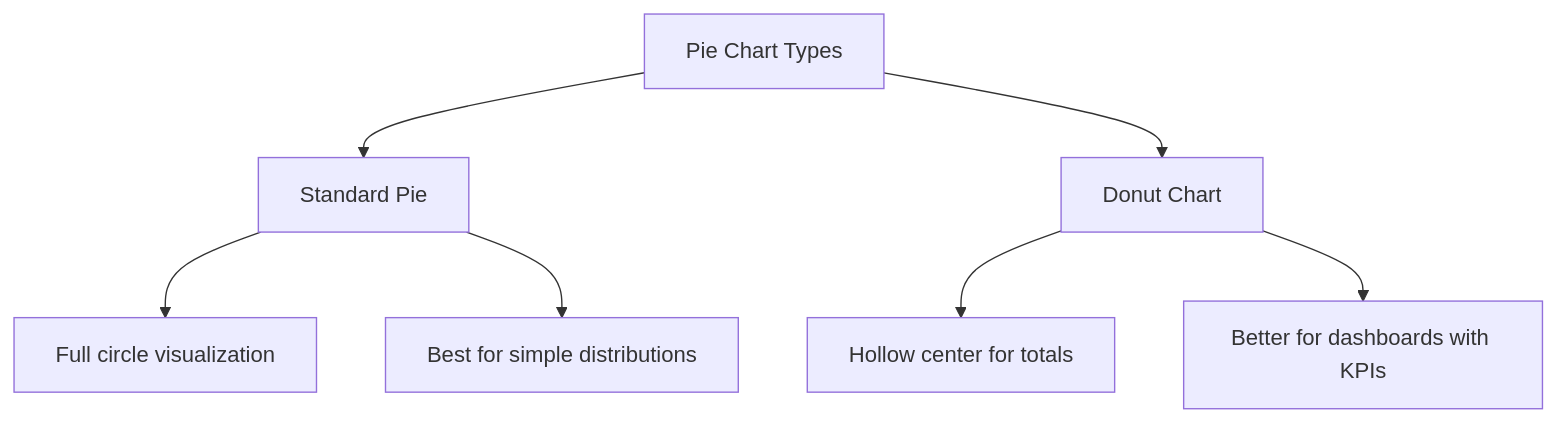
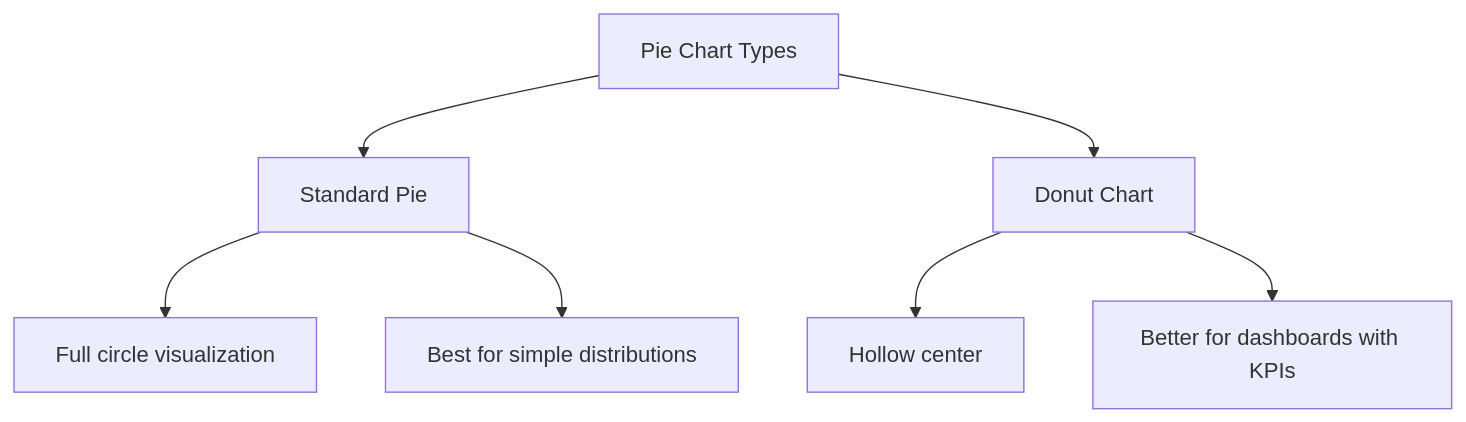
One commit to OneUptime/blog changed the second of 3 diagrams in posts/2026-01-30-grafana-pie-chart-configurations/README.md. Above: the diagram before and after it, drawn with Mermaid. The commit also changed other lines of this file and 2 other files, not shown here.

Commit message:
validate: 2026-01-30-grafana-pie-chart-configurations

````diff
--- a/posts/2026-01-30-grafana-pie-chart-configurations/README.md
+++ b/posts/2026-01-30-grafana-pie-chart-configurations/README.md
@@ -93,9 +93,9 @@
 ```mermaid
 flowchart TB
     A[Pie Chart Types] --> B[Standard Pie]
     A --> C[Donut Chart]
     B --> D["Full circle visualization"]
     B --> E["Best for simple distributions"]
-    C --> F["Hollow center for totals"]
+    C --> F["Hollow center"]
     C --> G["Better for dashboards with KPIs"]
 ```
````
